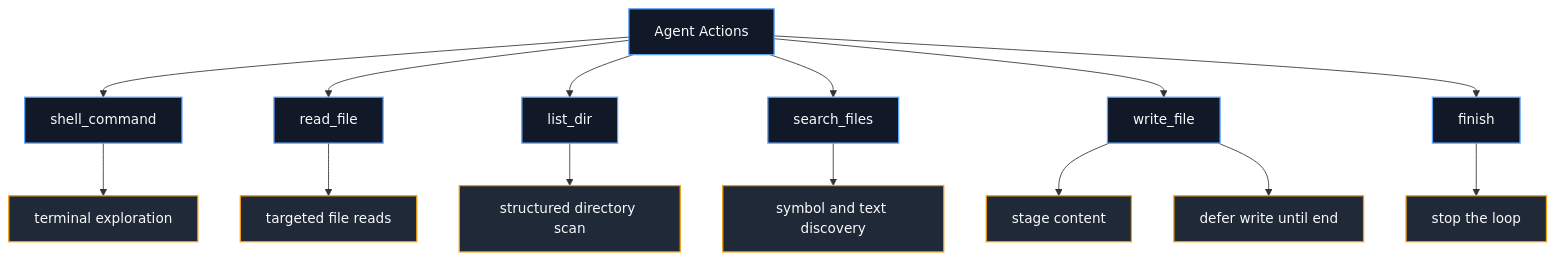
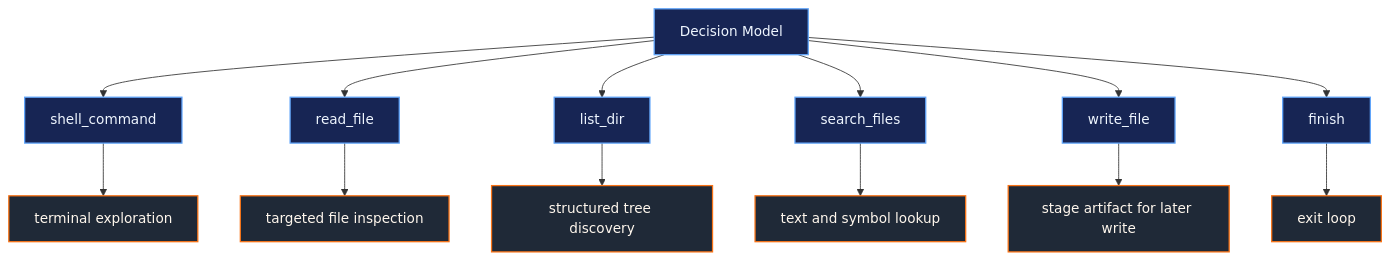
The third of 4 diagrams in README.md (riturajFi/Tinkler), drawn with Mermaid before and after one commit. The commit also changed other lines of this file, not shown here.

````diff
--- a/README.md
+++ b/README.md
@@ -109,23 +116,22 @@
 ```mermaid
 flowchart TD
-    A[Agent Actions] --> B[shell_command]
+    A[Decision Model] --> B[shell_command]
     A --> C[read_file]
     A --> D[list_dir]
     A --> E[search_files]
     A --> F[write_file]
     A --> G[finish]
 
     B --> B1[terminal exploration]
-    C --> C1[targeted file reads]
-    D --> D1[structured directory scan]
-    E --> E1[symbol and text discovery]
-    F --> F1[stage content]
-    F --> F2[defer write until end]
-    G --> G1[stop the loop]
+    C --> C1[targeted file inspection]
+    D --> D1[structured tree discovery]
+    E --> E1[text and symbol lookup]
+    F --> F1[stage artifact for later write]
+    G --> G1[exit loop]
 
-    classDef core fill:#111827,stroke:#60a5fa,color:#f9fafb,stroke-width:1.5px;
-    classDef detail fill:#1f2937,stroke:#f59e0b,color:#f9fafb,stroke-width:1.5px;
+    classDef root fill:#172554,stroke:#60a5fa,color:#eff6ff,stroke-width:1.5px;
+    classDef leaf fill:#1f2937,stroke:#f97316,color:#fff7ed,stroke-width:1.5px;
 
-    class A,B,C,D,E,F,G core;
-    class B1,C1,D1,E1,F1,F2,G1 detail;
+    class A,B,C,D,E,F,G root;
+    class B1,C1,D1,E1,F1,G1 leaf;
 ```
````
